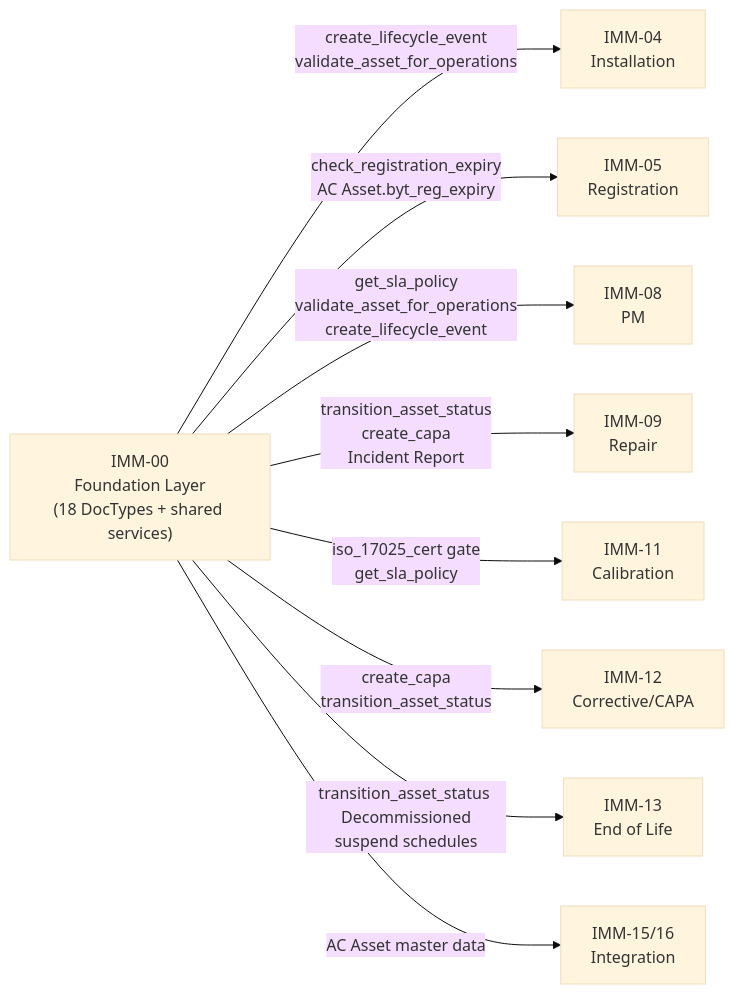
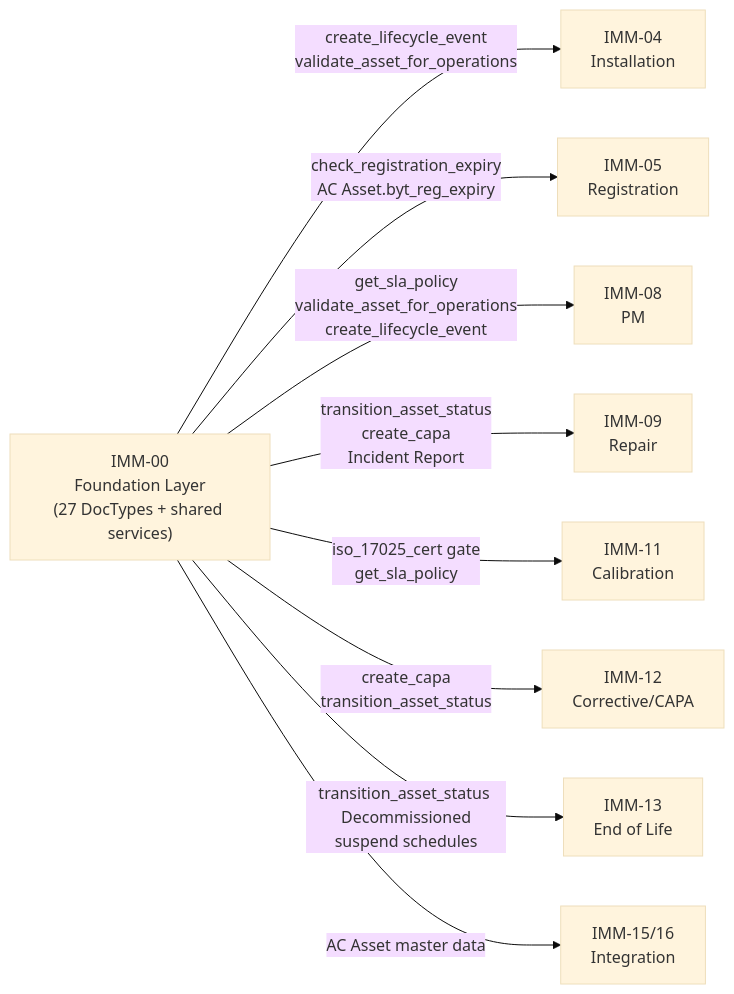
Before and after one commit to mvl26/Assetcore: diagram 13 of 13 in docs/imm-00/03_Diagrams.md, drawn with Mermaid (base theme). The commit also changed other lines of this file and 83 other files, not shown here.

````diff
--- a/docs/imm-00/03_Diagrams.md
+++ b/docs/imm-00/03_Diagrams.md
@@ -676,22 +676,22 @@
 ```mermaid
 flowchart LR
-    IMM00["IMM-00\nFoundation Layer\n(18 DocTypes + shared services)"]
+    IMM00["IMM-00\nFoundation Layer\n(27 DocTypes + shared services)"]
 
     IMM04["IMM-04\nInstallation"]
     IMM05["IMM-05\nRegistration"]
     IMM08["IMM-08\nPM"]
     IMM09["IMM-09\nRepair"]
     IMM11["IMM-11\nCalibration"]
     IMM12["IMM-12\nCorrective/CAPA"]
     IMM13["IMM-13\nEnd of Life"]
     IMM15_16["IMM-15/16\nIntegration"]
 
     IMM00 -->|"create_lifecycle_event\nvalidate_asset_for_operations"| IMM04
     IMM00 -->|"check_registration_expiry\nAC Asset.byt_reg_expiry"| IMM05
     IMM00 -->|"get_sla_policy\nvalidate_asset_for_operations\ncreate_lifecycle_event"| IMM08
     IMM00 -->|"transition_asset_status\ncreate_capa\nIncident Report"| IMM09
     IMM00 -->|"iso_17025_cert gate\nget_sla_policy"| IMM11
     IMM00 -->|"create_capa\ntransition_asset_status"| IMM12
     IMM00 -->|"transition_asset_status Decommissioned\nsuspend schedules"| IMM13
     IMM00 -->|"AC Asset master data"| IMM15_16
 ```
````
